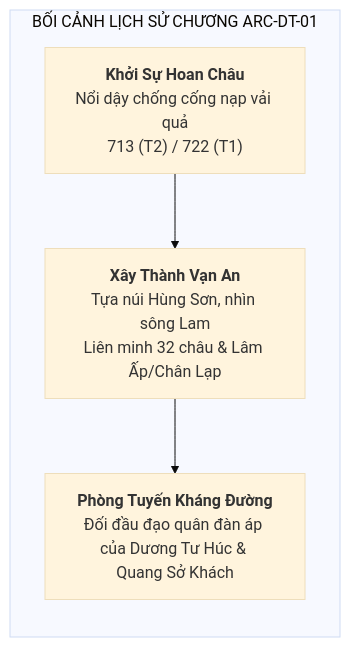
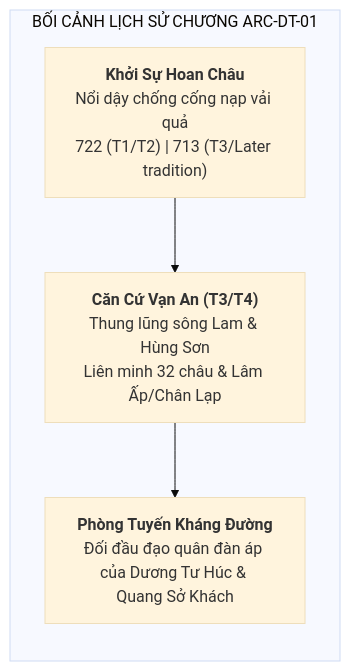
One commit to LightDucan/HuyenSu-TD changed the diagram in docs/drafts/viet-su/mai-thuc-loan/README.md. Above: the diagram before and after it, drawn with Mermaid (base theme). The commit also changed other lines of this file and 2 other files, not shown here.

````diff
--- a/docs/drafts/viet-su/mai-thuc-loan/README.md
+++ b/docs/drafts/viet-su/mai-thuc-loan/README.md
@@ -20,7 +20,7 @@
 ```mermaid
 graph LR
     subgraph BỐI CẢNH LỊCH SỬ CHƯƠNG ARC-DT-01
-        B1["<b>Khởi Sự Hoan Châu</b><br>Nổi dậy chống cống nạp vải quả<br>713 (T2) / 722 (T1)"] --> B2["<b>Xây Thành Vạn An</b><br>Tựa núi Hùng Sơn, nhìn sông Lam<br>Liên minh 32 châu & Lâm Ấp/Chân Lạp"]
+        B1["<b>Khởi Sự Hoan Châu</b><br>Nổi dậy chống cống nạp vải quả<br>722 (T1/T2) | 713 (T3/Later tradition)"] --> B2["<b>Căn Cứ Vạn An (T3/T4)</b><br>Thung lũng sông Lam & Hùng Sơn<br>Liên minh 32 châu & Lâm Ấp/Chân Lạp"]
         B2 --> B3["<b>Phòng Tuyến Kháng Đường</b><br>Đối đầu đạo quân đàn áp của Dương Tư Húc & Quang Sở Khách"]
     end
 ```
````
